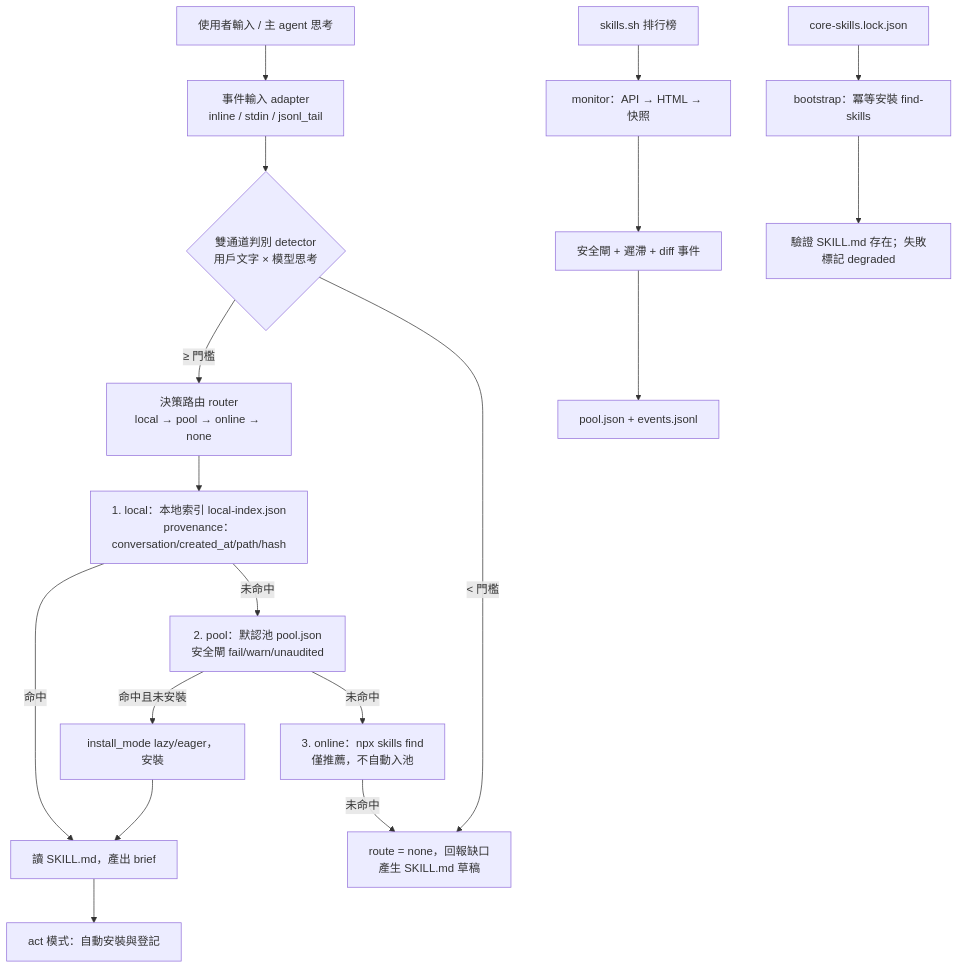
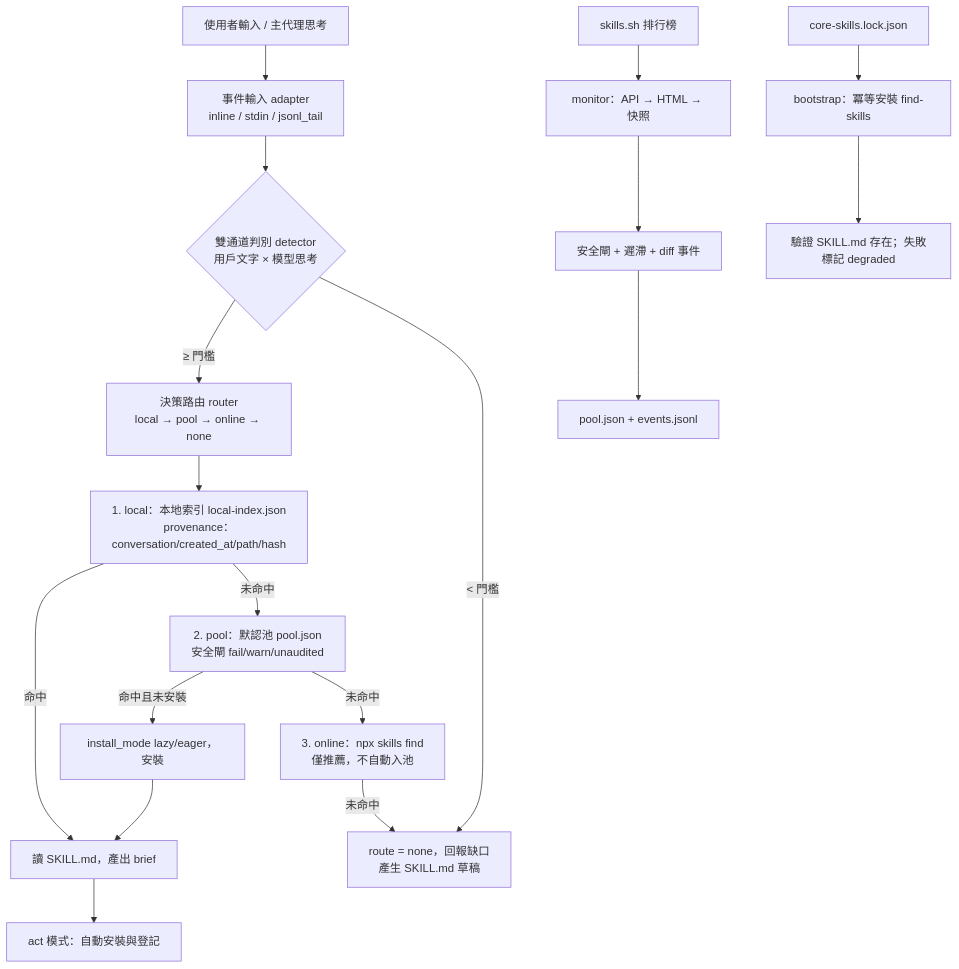
The diagram in README.md (Ya-MiC/ymzz-wuyong-zhi-yong), drawn with Mermaid before and after one commit. The commit also changed other lines of this file and 1 other file, not shown here.

````diff
--- a/README.md
+++ b/README.md
@@ -35,20 +26,20 @@
 ```mermaid
 flowchart TD
-    A[使用者輸入 / 主 agent 思考] --> B[事件輸入 adapter<br/>inline / stdin / jsonl_tail]
+    A[使用者輸入 / 主代理思考] --> B[事件輸入 adapter<br/>inline / stdin / jsonl_tail]
     B --> C{雙通道判別 detector<br/>用戶文字 × 模型思考}
     C -->|≥ 門檻| D[決策路由 router<br/>local → pool → online → none]
     C -->|< 門檻| E[route = none，回報缺口<br/>產生 SKILL.md 草稿]
     D --> F[1. local：本地索引 local-index.json<br/>provenance：conversation/created_at/path/hash]
     F -->|命中| G[讀 SKILL.md，產出 brief]
     F -->|未命中| H[2. pool：默認池 pool.json<br/>安全閘 fail/warn/unaudited]
     H -->|命中且未安裝| I[install_mode lazy/eager，安裝]
     H -->|未命中| J[3. online：npx skills find<br/>僅推薦，不自動入池]
     J -->|未命中| E
     I --> G
     G --> K[act 模式：自動安裝與登記]
     L[skills.sh 排行榜] --> M[monitor：API → HTML → 快照]
     M --> N[安全閘 + 遲滯 + diff 事件]
     N --> O[pool.json + events.jsonl]
     P[core-skills.lock.json] --> Q[bootstrap：冪等安裝 find-skills]
     Q --> R[驗證 SKILL.md 存在；失敗標記 degraded]
 ```
````
